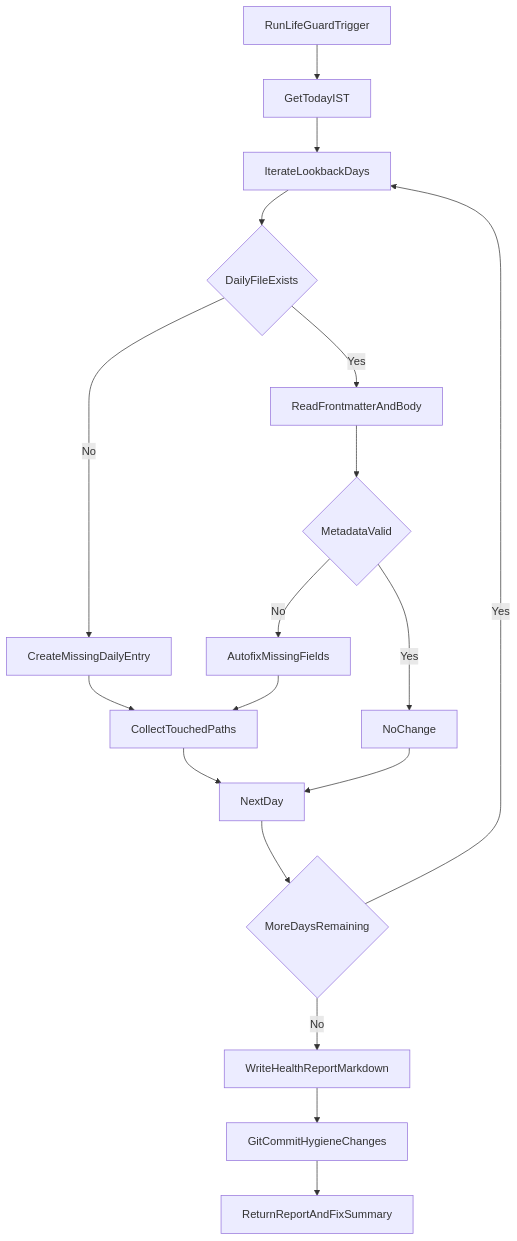
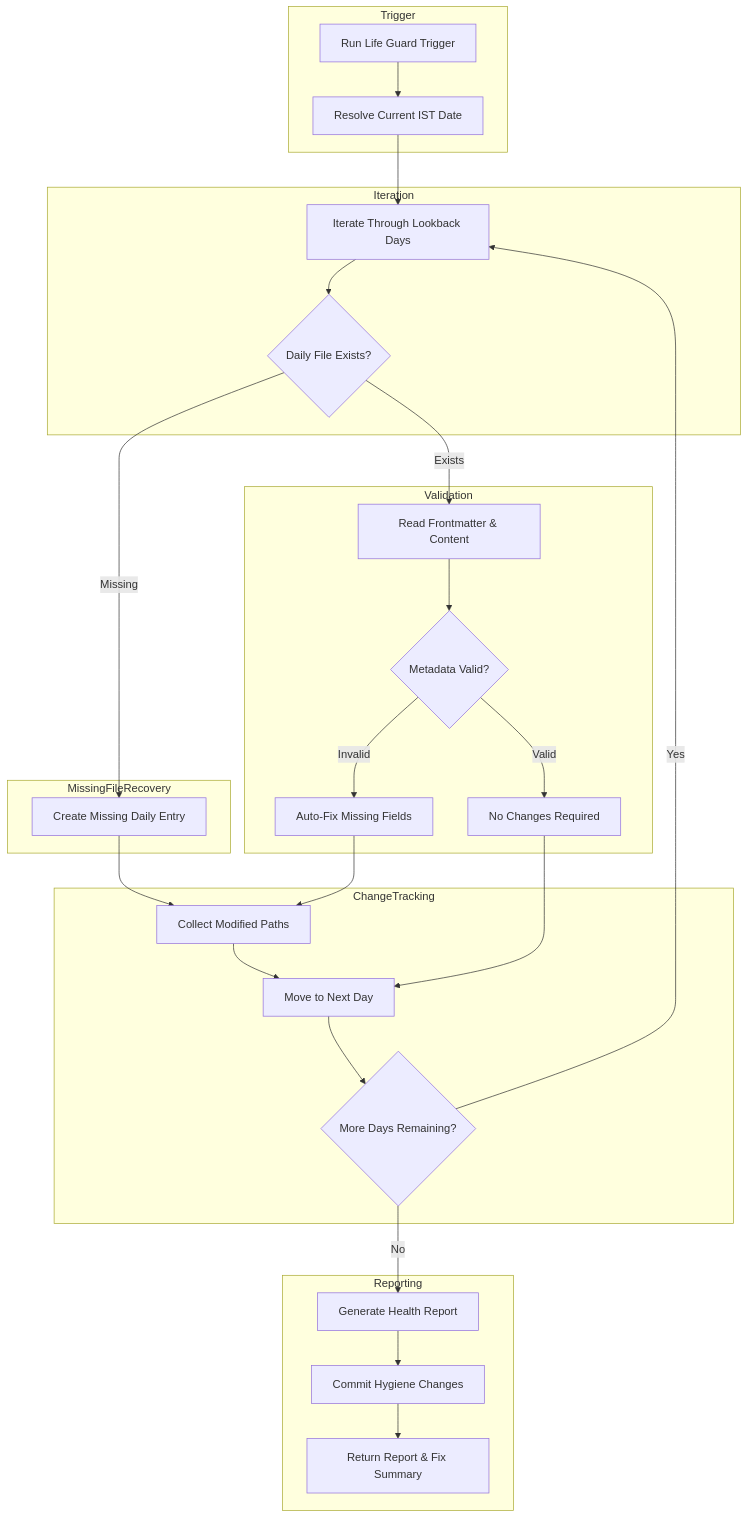
Before and after one commit to harshhh28/git-as-life-log: the diagram in docs/flows/06_lifeguard_flow.mmd, drawn with Mermaid. The commit also changed 5 other files, not shown here.

Commit message:
docs: add Mermaid sequence diagrams for system architecture and core application flows

```diff
--- a/docs/flows/06_lifeguard_flow.mmd
+++ b/docs/flows/06_lifeguard_flow.mmd
@@ -1,21 +1,90 @@
-flowchart TD
-  trigger[RunLifeGuardTrigger] --> today[GetTodayIST]
-  today --> loop[IterateLookbackDays]
-  loop --> exists{DailyFileExists}
+flowchart TB
 
-  exists -->|No| autoCreate[CreateMissingDailyEntry]
-  exists -->|Yes| read[ReadFrontmatterAndBody]
+  %% =========================
+  %% HYGIENE TRIGGER
+  %% =========================
+  subgraph Trigger
+    trigger[Run Life Guard Trigger]
 
-  read --> valid{MetadataValid}
-  valid -->|No| fix[AutofixMissingFields]
-  valid -->|Yes| keep[NoChange]
+    today[Resolve Current IST Date]
+  end
 
-  autoCreate --> touched[CollectTouchedPaths]
+  trigger --> today
+
+  %% =========================
+  %% LOOKBACK ITERATION
+  %% =========================
+  subgraph Iteration
+    loop[Iterate Through Lookback Days]
+
+    exists{Daily File Exists?}
+  end
+
+  today --> loop
+  loop --> exists
+
+  %% =========================
+  %% MISSING FILE HANDLING
+  %% =========================
+  subgraph MissingFileRecovery
+    autoCreate[Create Missing Daily Entry]
+  end
+
+  exists -->|Missing| autoCreate
+
+  %% =========================
+  %% FILE VALIDATION
+  %% =========================
+  subgraph Validation
+    read[Read Frontmatter & Content]
+
+    valid{Metadata Valid?}
+
+    fix[Auto-Fix Missing Fields]
+
+    keep[No Changes Required]
+  end
+
+  exists -->|Exists| read
+
+  read --> valid
+
+  valid -->|Invalid| fix
+  valid -->|Valid| keep
+
+  %% =========================
+  %% CHANGE TRACKING
+  %% =========================
+  subgraph ChangeTracking
+    touched[Collect Modified Paths]
+
+    nextDay[Move to Next Day]
+
+    more{More Days Remaining?}
+  end
+
+  autoCreate --> touched
   fix --> touched
-  keep --> nextDay[NextDay]
+
   touched --> nextDay
-  nextDay --> more{MoreDaysRemaining}
+  keep --> nextDay
+
+  nextDay --> more
+
   more -->|Yes| loop
-  more -->|No| report[WriteHealthReportMarkdown]
-  report --> commit[GitCommitHygieneChanges]
-  commit --> output[ReturnReportAndFixSummary]
+
+  %% =========================
+  %% REPORTING & VERSIONING
+  %% =========================
+  subgraph Reporting
+    report[Generate Health Report]
+
+    commit[Commit Hygiene Changes]
+
+    output[Return Report & Fix Summary]
+  end
+
+  more -->|No| report
+
+  report --> commit
+  commit --> output
```
